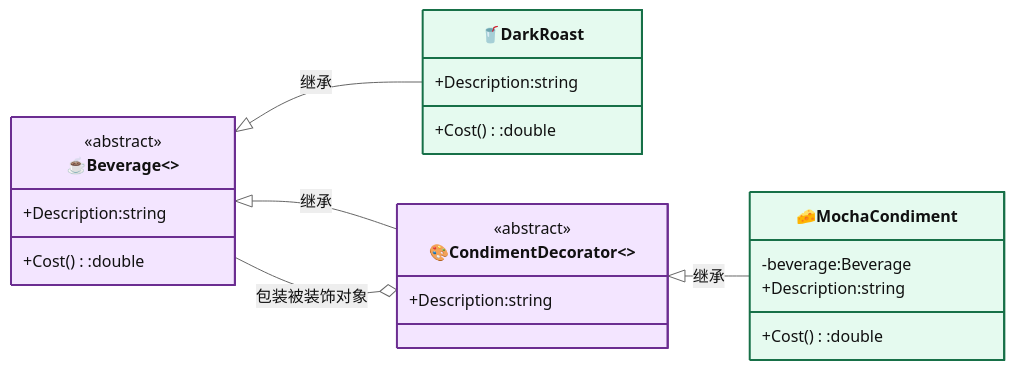
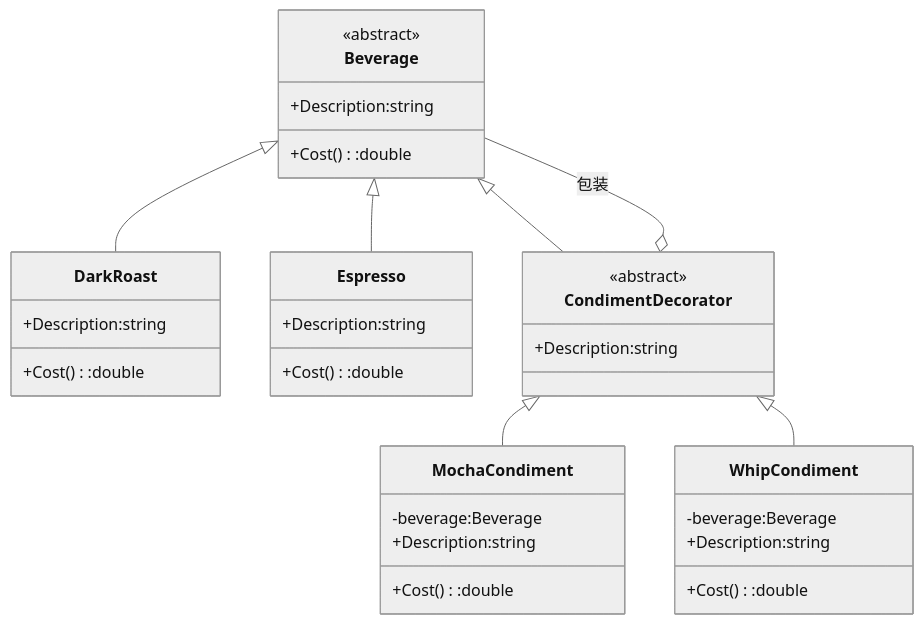
The second of 2 diagrams in DecoratorPattern/README.md (hollson/design_patterns), drawn with Mermaid (neutral theme) before and after one commit. The commit also changed other lines of this file and 19 other files, not shown here.

````diff
--- a/DecoratorPattern/README.md
+++ b/DecoratorPattern/README.md
@@ -20,33 +49,37 @@
 ```mermaid
-%%{init: {"classDiagram": {"useMarkdownLabels": true}} }%%
 classDiagram
-    direction LR
-
-    class Component["☕Beverage<<abstract>>"]:::strategyCls{
+    class Beverage {
         <<abstract>>
         +Description:string
         +Cost():double
     }
-    class ConcreteComponent["🥤DarkRoast"]:::concreteCls{
+    class DarkRoast {
         +Description:string
         +Cost():double
     }
-    class Decorator["🎨CondimentDecorator<<abstract>>"]:::strategyCls{
+    class Espresso {
+        +Description:string
+        +Cost():double
+    }
+    class CondimentDecorator {
         <<abstract>>
         +Description:string
     }
-    class ConcreteDecorator["🧀MochaCondiment"]:::concreteCls{
+    class MochaCondiment {
+        -beverage:Beverage
+        +Description:string
+        +Cost():double
+    }
+    class WhipCondiment {
         -beverage:Beverage
         +Description:string
         +Cost():double
     }
 
-    Component <|-- ConcreteComponent : 继承
-    Component <|-- Decorator : 继承
-    Decorator <|-- ConcreteDecorator : 继承
-    Decorator o-- Component : 包装被装饰对象
-
-    classDef contextCls fill:#fff3cd,stroke:#856404,stroke-width:2px
-    classDef strategyCls fill:#f3e5ff,stroke:#6b2d91,stroke-width:2px
-    classDef concreteCls fill:#e5faef,stroke:#177048,stroke-width:2px
+    Beverage <|-- DarkRoast
+    Beverage <|-- Espresso
+    Beverage <|-- CondimentDecorator
+    CondimentDecorator <|-- MochaCondiment
+    CondimentDecorator <|-- WhipCondiment
+    CondimentDecorator o-- Beverage : 包装
 ```
````
